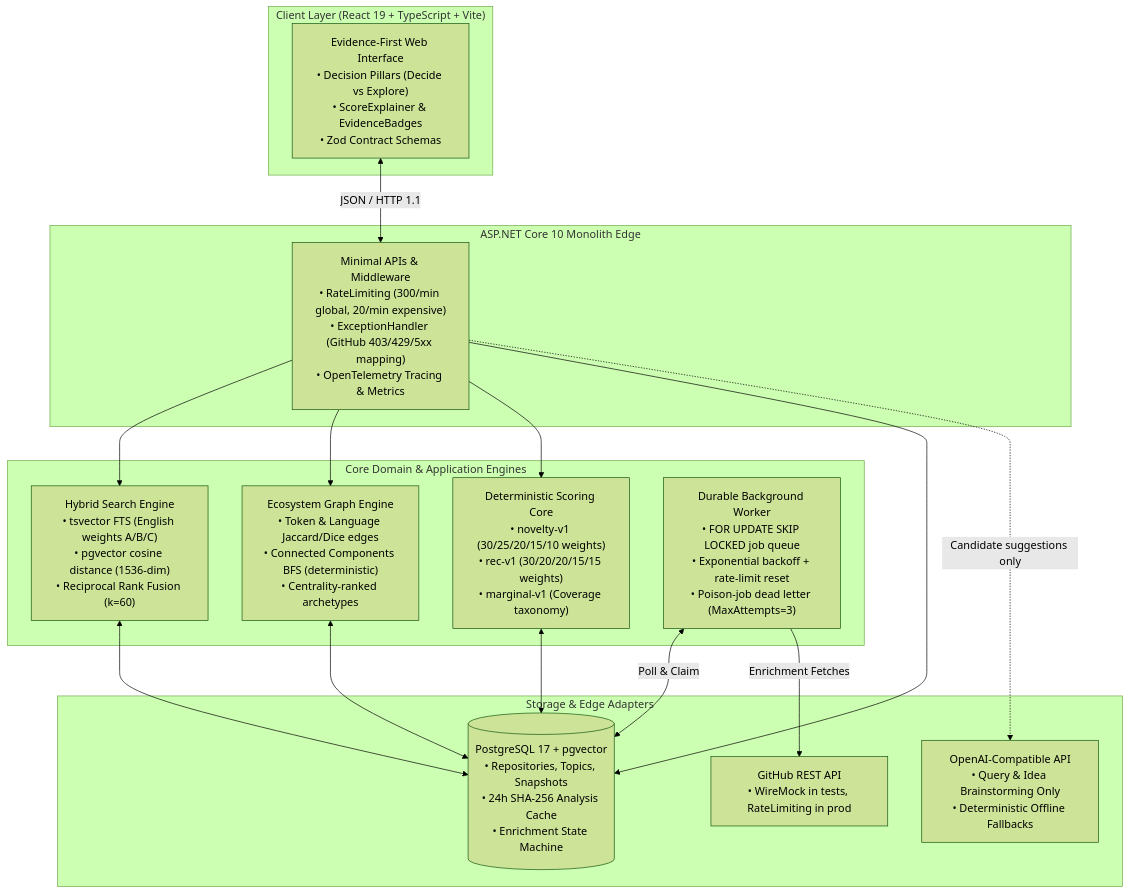
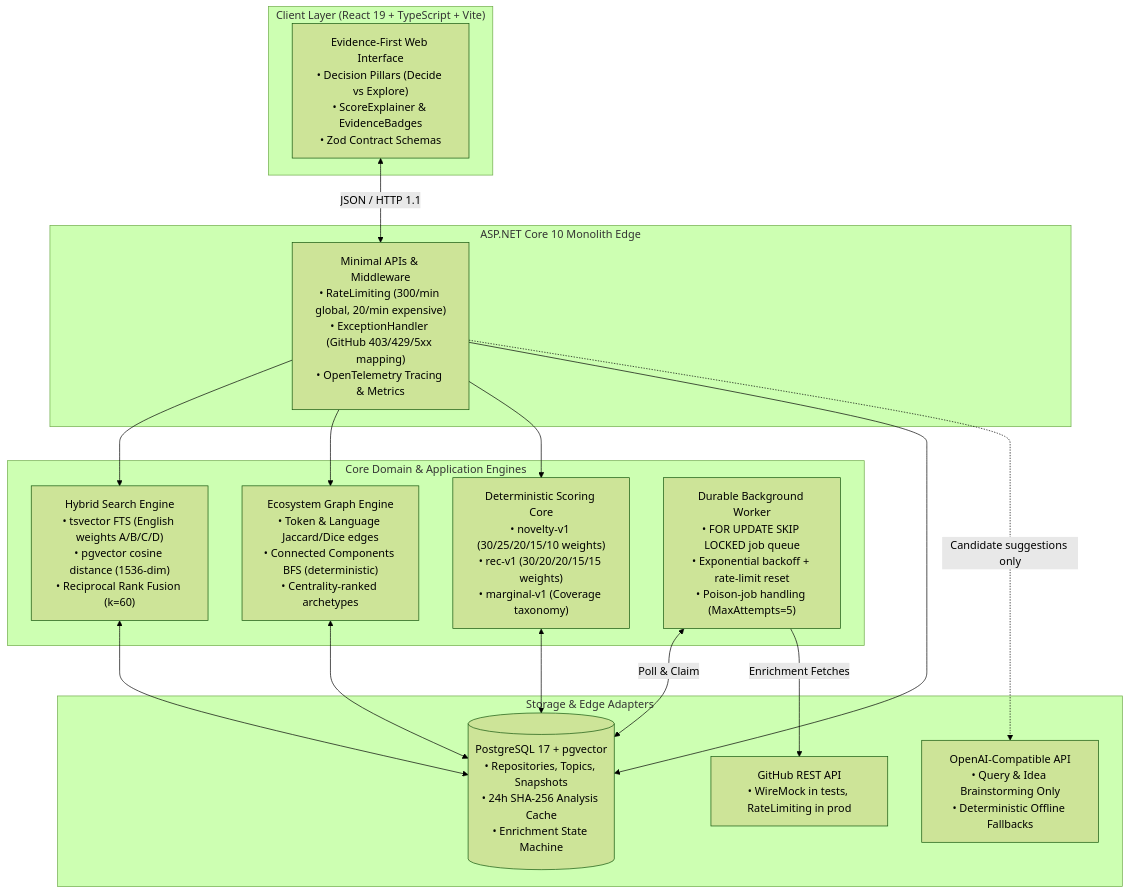
Before and after one commit to f0rknturkoglu/repolens: the diagram in docs/case-study.md, drawn with Mermaid (forest theme). The commit also changed other lines of this file and 36 other files, not shown here.

````diff
--- a/docs/case-study.md
+++ b/docs/case-study.md
@@ -26,35 +26,35 @@
 ```mermaid
 graph TD
     subgraph "Client Layer (React 19 + TypeScript + Vite)"
         UI["Evidence-First Web Interface<br/>• Decision Pillars (Decide vs Explore)<br/>• ScoreExplainer & EvidenceBadges<br/>• Zod Contract Schemas"]
     end
 
     subgraph "ASP.NET Core 10 Monolith Edge"
         API["Minimal APIs & Middleware<br/>• RateLimiting (300/min global, 20/min expensive)<br/>• ExceptionHandler (GitHub 403/429/5xx mapping)<br/>• OpenTelemetry Tracing & Metrics"]
     end
 
     subgraph "Core Domain & Application Engines"
-        HybridSearch["Hybrid Search Engine<br/>• tsvector FTS (English weights A/B/C)<br/>• pgvector cosine distance (1536-dim)<br/>• Reciprocal Rank Fusion (k=60)"]
+        HybridSearch["Hybrid Search Engine<br/>• tsvector FTS (English weights A/B/C/D)<br/>• pgvector cosine distance (1536-dim)<br/>• Reciprocal Rank Fusion (k=60)"]
         Clusterizer["Ecosystem Graph Engine<br/>• Token & Language Jaccard/Dice edges<br/>• Connected Components BFS (deterministic)<br/>• Centrality-ranked archetypes"]
         ScoringEngine["Deterministic Scoring Core<br/>• novelty-v1 (30/25/20/15/10 weights)<br/>• rec-v1 (30/20/20/15/15 weights)<br/>• marginal-v1 (Coverage taxonomy)"]
-        Worker["Durable Background Worker<br/>• FOR UPDATE SKIP LOCKED job queue<br/>• Exponential backoff + rate-limit reset<br/>• Poison-job dead letter (MaxAttempts=3)"]
+        Worker["Durable Background Worker<br/>• FOR UPDATE SKIP LOCKED job queue<br/>• Exponential backoff + rate-limit reset<br/>• Poison-job handling (MaxAttempts=5)"]
     end
 
     subgraph "Storage & Edge Adapters"
         PG[(PostgreSQL 17 + pgvector<br/>• Repositories, Topics, Snapshots<br/>• 24h SHA-256 Analysis Cache<br/>• Enrichment State Machine)]
         GH[GitHub REST API<br/>• WireMock in tests, RateLimiting in prod]
         LLM[OpenAI-Compatible API<br/>• Query & Idea Brainstorming Only<br/>• Deterministic Offline Fallbacks]
     end
 
     UI <-->|JSON / HTTP 1.1| API
     API --> HybridSearch
     API --> Clusterizer
     API --> ScoringEngine
     API --> PG
     Worker <-->|Poll & Claim| PG
     Worker -->|Enrichment Fetches| GH
     HybridSearch <--> PG
     ScoringEngine <--> PG
     Clusterizer <--> PG
     API -.->|Candidate suggestions only| LLM
 ```
````
